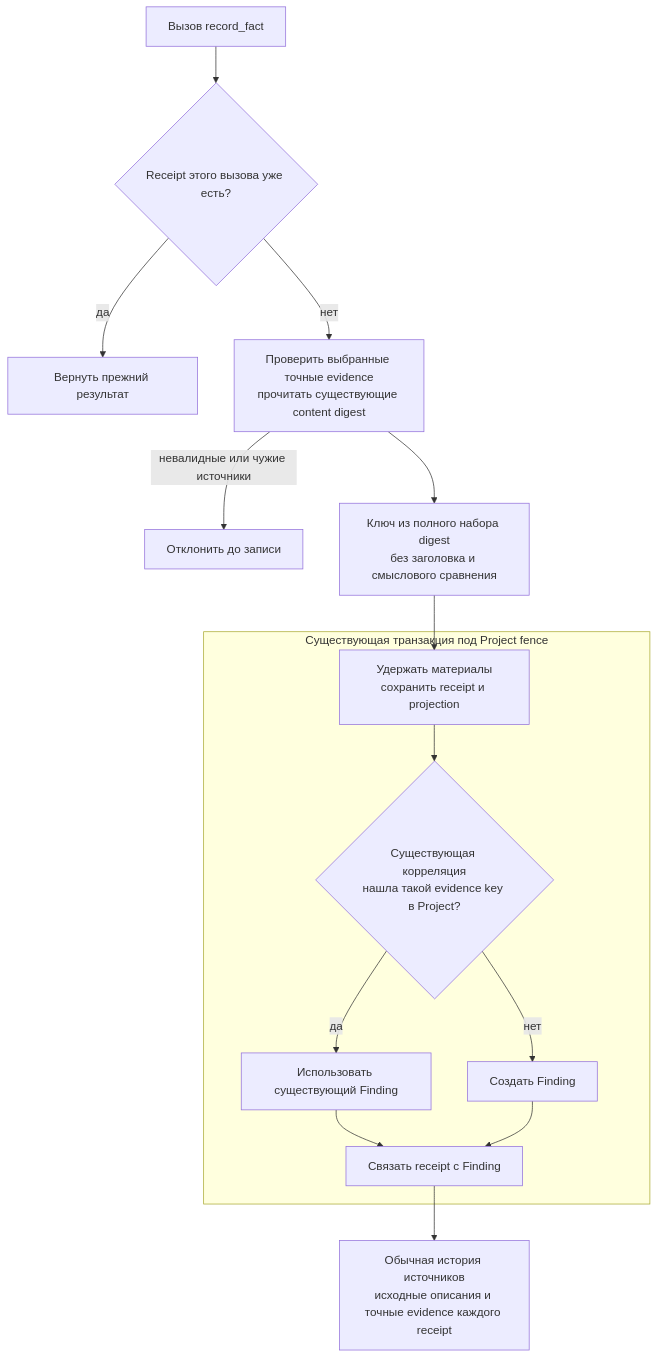
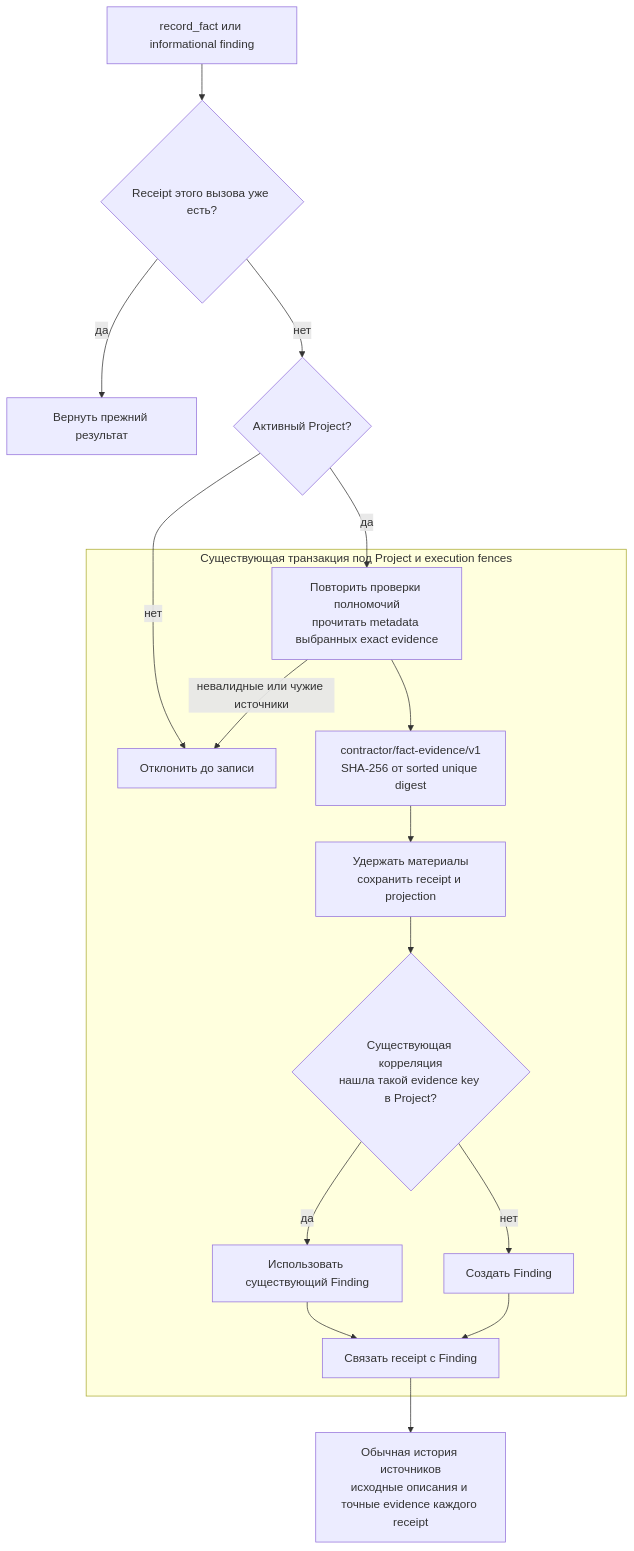
The fifth of 6 diagrams in docs/proposals/0055-project-facts-through-findings.md (grauwolf32/contractor), drawn with Mermaid before and after one commit. The commit also changed other lines of this file and 24 other files, not shown here.

Commit message:
feat(findings): correlate informational records by evidence contents

````diff
--- a/docs/proposals/0055-project-facts-through-findings.md
+++ b/docs/proposals/0055-project-facts-through-findings.md
@@ -243,17 +243,19 @@
 ```mermaid
 flowchart TD
-    C["Вызов record_fact"] --> R{"Receipt этого вызова уже есть?"}
+    C["record_fact или informational finding"] --> R{"Receipt этого вызова уже есть?"}
     R -->|"да"| E["Вернуть прежний результат"]
-    R -->|"нет"| S["Проверить выбранные точные evidence<br/>прочитать существующие content digest"]
-    S -->|"невалидные или чужие источники"| X["Отклонить до записи"]
-    S --> D["Ключ из полного набора digest<br/>без заголовка и смыслового сравнения"]
-    D --> W
-    subgraph TX["Существующая транзакция под Project fence"]
-        W["Удержать материалы<br/>сохранить receipt и projection"] --> K{"Существующая корреляция<br/>нашла такой evidence key в Project?"}
+    R -->|"нет"| P{"Активный Project?"}
+    P -->|"нет"| X["Отклонить до записи"]
+    P -->|"да"| S
+    subgraph TX["Существующая транзакция под Project и execution fences"]
+        S["Повторить проверки полномочий<br/>прочитать metadata выбранных exact evidence"] --> D["contractor/fact-evidence/v1<br/>SHA-256 от sorted unique digest"]
+        S -->|"невалидные или чужие источники"| X
+        D --> W["Удержать материалы<br/>сохранить receipt и projection"]
+        W --> K{"Существующая корреляция<br/>нашла такой evidence key в Project?"}
         K -->|"да"| F["Использовать существующий Finding"]
         K -->|"нет"| N["Создать Finding"]
         F --> L["Связать receipt с Finding"]
         N --> L
     end
     L --> H["Обычная история источников<br/>исходные описания и точные evidence каждого receipt"]
 ```
````
